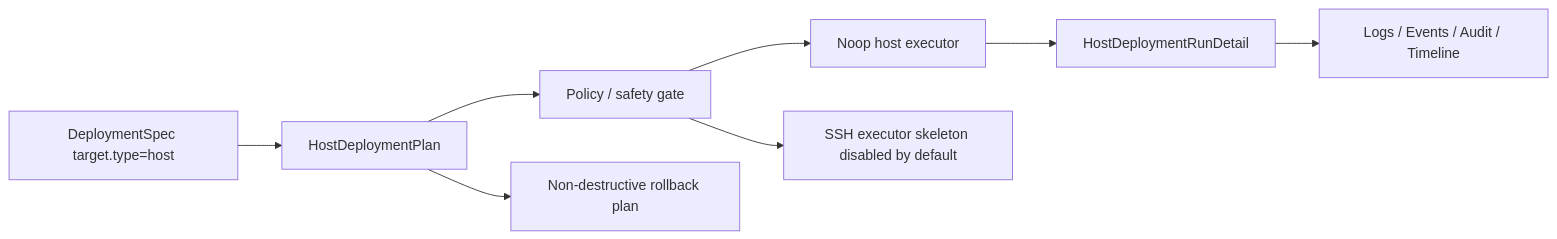
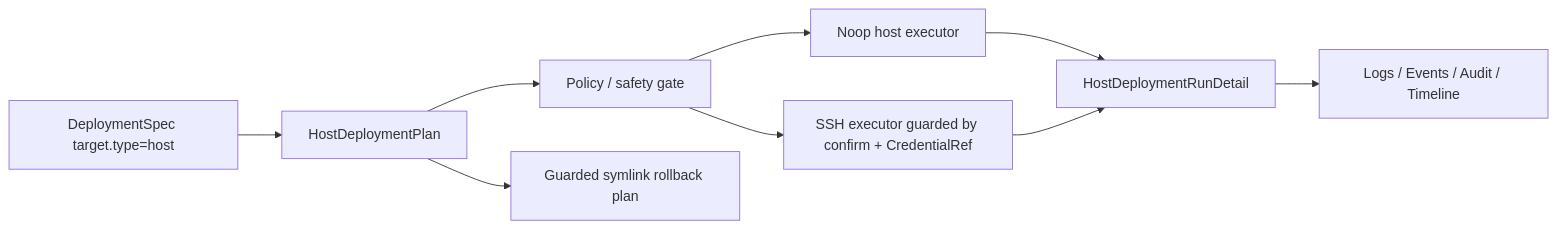
Before and after one commit to sevoniva/Nivora: the diagram in docs/architecture/host-deployment-model.md, drawn with Mermaid. The commit also changed other lines of this file and 23 other files, not shown here.

````diff
--- a/docs/architecture/host-deployment-model.md
+++ b/docs/architecture/host-deployment-model.md
@@ -15,10 +16,11 @@
 ```mermaid
 flowchart LR
   Spec["DeploymentSpec target.type=host"] --> Plan["HostDeploymentPlan"]
   Plan --> Gate["Policy / safety gate"]
   Gate --> Noop["Noop host executor"]
-  Gate --> SSH["SSH executor skeleton disabled by default"]
+  Gate --> SSH["SSH executor guarded by confirm + CredentialRef"]
   Noop --> Details["HostDeploymentRunDetail"]
+  SSH --> Details
   Details --> Audit["Logs / Events / Audit / Timeline"]
-  Plan --> Rollback["Non-destructive rollback plan"]
+  Plan --> Rollback["Guarded symlink rollback plan"]
 ```
````
